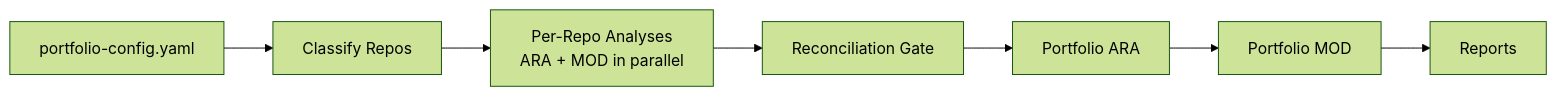
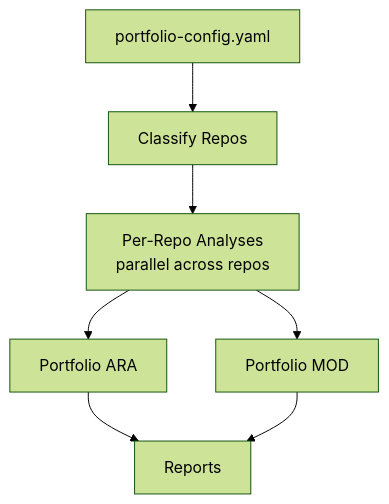
The first of 4 diagrams in README.md (aws-samples/sample-agentic-readiness-analysis-orchestrator), drawn with Mermaid (forest theme) before and after one commit. The commit also changed other lines of this file, not shown here.

Commit message:
docs: make diagram vertical, portfolio TDs side by side
Portfolio ARA and Portfolio MOD are now parallel branches since
only the selected analysis_type path runs. Removed reconciliation
gates from the high-level view.

````diff
--- a/README.md
+++ b/README.md
@@ -30,9 +30,9 @@
 ```mermaid
-flowchart LR
+flowchart TB
     CONFIG[portfolio-config.yaml] --> CLASSIFY[Classify Repos]
-    CLASSIFY --> PARALLEL[Per-Repo Analyses<br/>ARA + MOD in parallel]
-    PARALLEL --> GATE[Reconciliation Gate]
-    GATE --> PORT_ARA[Portfolio ARA]
-    PORT_ARA --> PORT_MOD[Portfolio MOD]
-    PORT_MOD --> REPORTS[Reports]
+    CLASSIFY --> PARALLEL[Per-Repo Analyses<br/>parallel across repos]
+    PARALLEL --> PORT_ARA[Portfolio ARA]
+    PARALLEL --> PORT_MOD[Portfolio MOD]
+    PORT_ARA --> REPORTS[Reports]
+    PORT_MOD --> REPORTS
 ```
````
